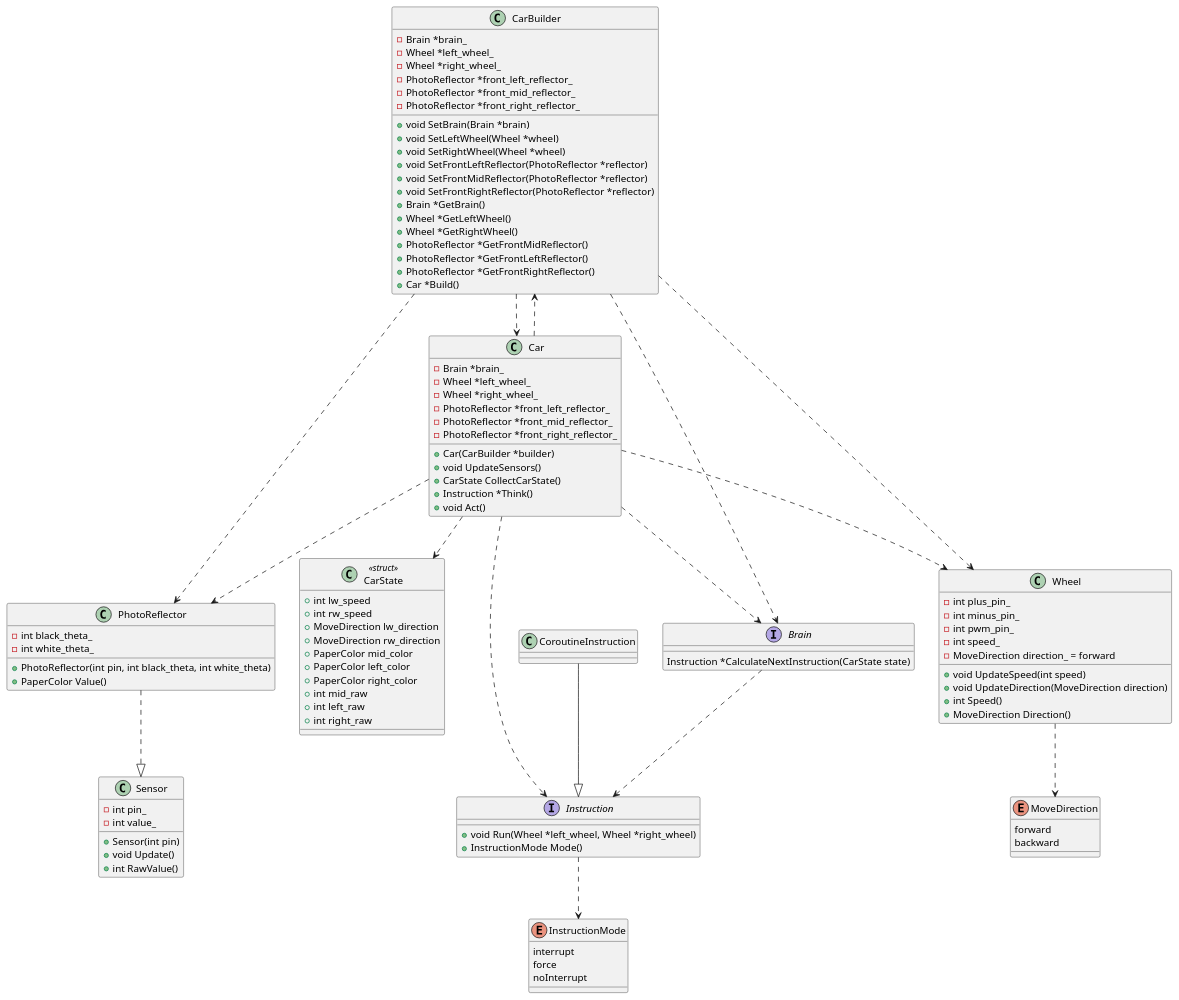
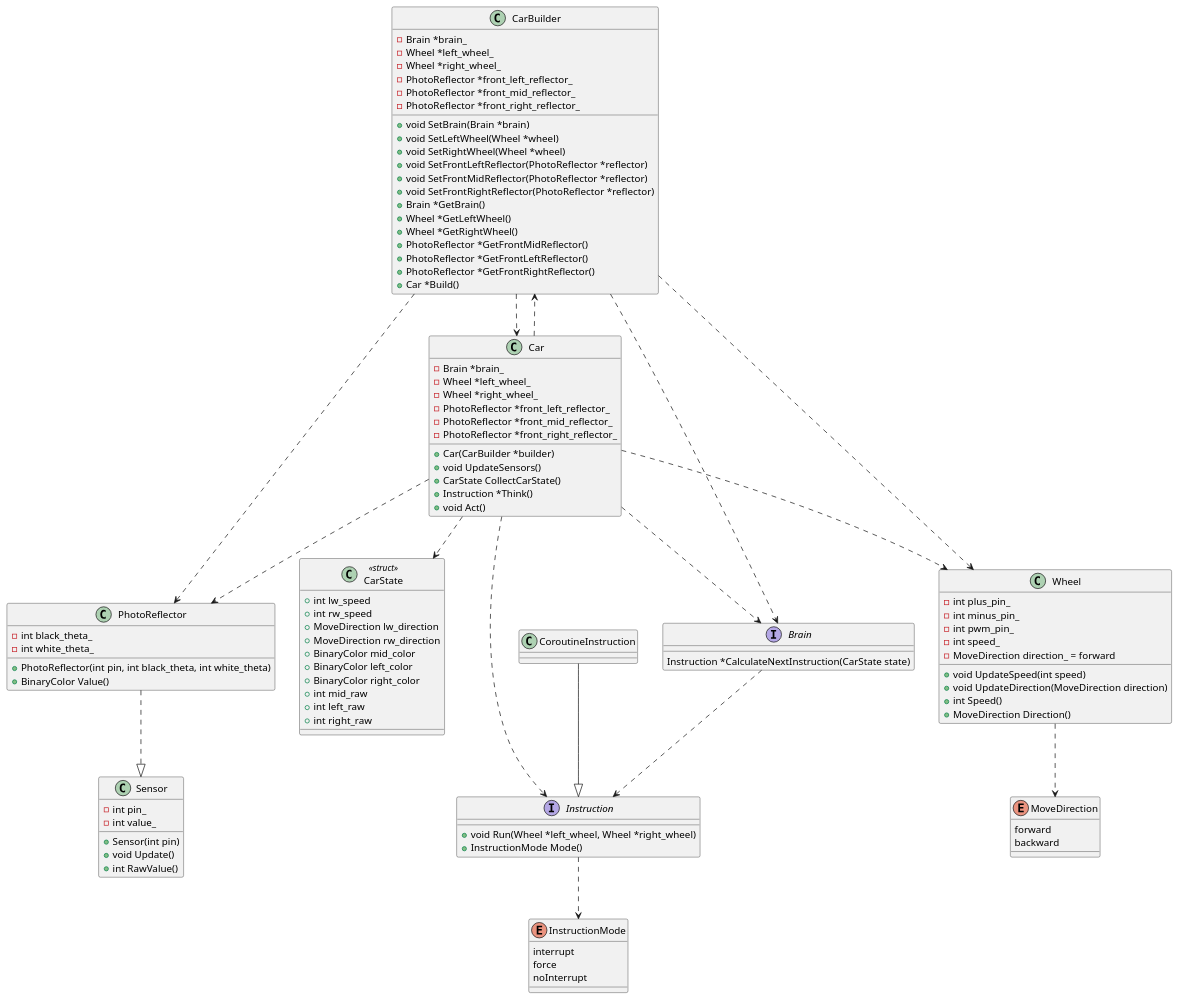
Before and after one commit to kitakkun/ArduinoCar: the diagram in uml/car_control.puml, drawn with PlantUML. The commit also changed 5 other files, not shown here.

```diff
--- a/uml/car_control.puml
+++ b/uml/car_control.puml
@@ -1,126 +1,126 @@
 @startuml
 'https://plantuml.com/class-diagram
 
 class CarBuilder {
 + void SetBrain(Brain *brain)
 + void SetLeftWheel(Wheel *wheel)
 + void SetRightWheel(Wheel *wheel)
 + void SetFrontLeftReflector(PhotoReflector *reflector)
 + void SetFrontMidReflector(PhotoReflector *reflector)
 + void SetFrontRightReflector(PhotoReflector *reflector)
 + Brain *GetBrain()
 + Wheel *GetLeftWheel()
 + Wheel *GetRightWheel()
 + PhotoReflector *GetFrontMidReflector()
 + PhotoReflector *GetFrontLeftReflector()
 + PhotoReflector *GetFrontRightReflector()
 + Car *Build()
 - Brain *brain_
 - Wheel *left_wheel_
 - Wheel *right_wheel_
 - PhotoReflector *front_left_reflector_
 - PhotoReflector *front_mid_reflector_
 - PhotoReflector *front_right_reflector_
 }
 
 CarBuilder ..> Car
 CarBuilder ..> PhotoReflector
 CarBuilder ..> Brain
 CarBuilder ..> Wheel
 Car ..> CarBuilder
 
 class Car {
 - Brain *brain_
 - Wheel *left_wheel_
 - Wheel *right_wheel_
 - PhotoReflector *front_left_reflector_
 - PhotoReflector *front_mid_reflector_
 - PhotoReflector *front_right_reflector_
 + Car(CarBuilder *builder)
 + void UpdateSensors()
 + CarState CollectCarState()
 + Instruction *Think()
 + void Act()
 }
 
 class CarState <<struct>>  {
 + int lw_speed
 + int rw_speed
 + MoveDirection lw_direction
 + MoveDirection rw_direction
-+ PaperColor mid_color
-+ PaperColor left_color
-+ PaperColor right_color
++ BinaryColor mid_color
++ BinaryColor left_color
++ BinaryColor right_color
 + int mid_raw
 + int left_raw
 + int right_raw
 }
 
 Car ..> CarState
 Car ..> Brain
 Car ..> Wheel
 Car ..> PhotoReflector
 
 interface Brain {
 Instruction *CalculateNextInstruction(CarState state)
 }
 
 Brain ..> Instruction
 Car ..> Instruction
 
 interface Instruction {
 + void Run(Wheel *left_wheel, Wheel *right_wheel)
 + InstructionMode Mode()
 }
 
 Instruction ..> InstructionMode
 
 enum InstructionMode {
     interrupt
     force
     noInterrupt
 }
 
 class CoroutineInstruction {
 }
 
 CoroutineInstruction --|> Instruction
 
 class Wheel {
 - int plus_pin_
 - int minus_pin_
 - int pwm_pin_
 - int speed_
 - MoveDirection direction_ = forward
 + void UpdateSpeed(int speed)
 + void UpdateDirection(MoveDirection direction)
 + int Speed()
 + MoveDirection Direction()
 }
 
 Wheel ..> MoveDirection
 
 enum MoveDirection {
     forward
     backward
 }
 
 class Sensor {
 - int pin_
 - int value_
 + Sensor(int pin)
 + void Update()
 + int RawValue()
 }
 
 class PhotoReflector {
 - int black_theta_
 - int white_theta_
 + PhotoReflector(int pin, int black_theta, int white_theta)
-+ PaperColor Value()
++ BinaryColor Value()
 }
 
 
 PhotoReflector ..|> Sensor
 
 @enduml
```
